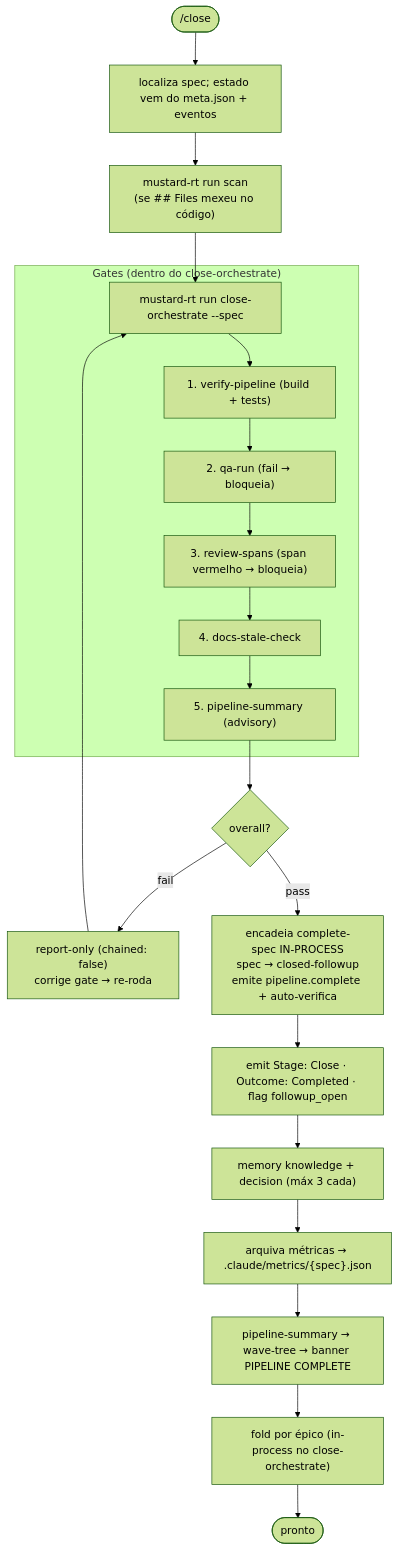
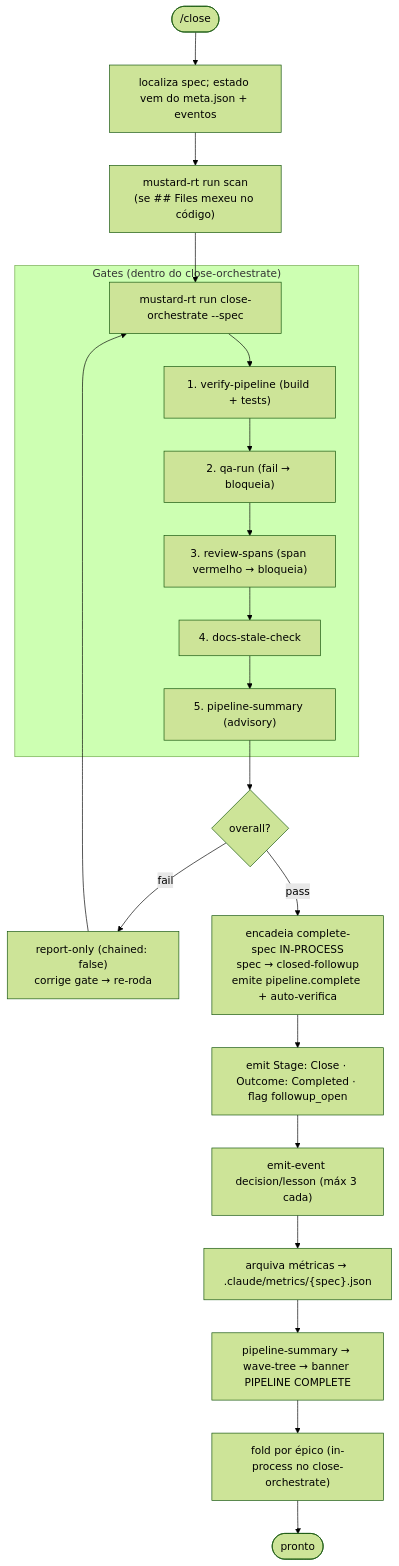
Before and after one commit to rubensrpj/mustard: the eighth of 19 diagrams in MUSTARD-COMMANDS.md, drawn with Mermaid (forest theme). The commit also changed other lines of this file and 107 other files, not shown here.

````diff
--- a/MUSTARD-COMMANDS.md
+++ b/MUSTARD-COMMANDS.md
@@ -283,26 +283,26 @@
 ```mermaid
 flowchart TD
     start(["/close"]) --> locate["localiza spec; estado vem do meta.json + eventos"]
     locate --> rescan["mustard-rt run scan<br/>(se ## Files mexeu no código)"]
     rescan --> orch["mustard-rt run close-orchestrate --spec"]
 
     subgraph gates["Gates (dentro do close-orchestrate)"]
         orch --> g1["1. verify-pipeline (build + tests)"]
         g1 --> g2["2. qa-run (fail → bloqueia)"]
         g2 --> g3["3. review-spans (span vermelho → bloqueia)"]
         g3 --> g4["4. docs-stale-check"]
         g4 --> g5["5. pipeline-summary (advisory)"]
     end
 
     g5 --> overall{"overall?"}
     overall -->|fail| reportonly["report-only (chained: false)<br/>corrige gate → re-roda"]
     reportonly --> orch
     overall -->|pass| chain["encadeia complete-spec IN-PROCESS<br/>spec → closed-followup<br/>emite pipeline.complete + auto-verifica"]
 
     chain --> stamp["emit Stage: Close · Outcome: Completed · flag followup_open"]
-    stamp --> know["memory knowledge + decision (máx 3 cada)"]
+    stamp --> know["emit-event decision/lesson (máx 3 cada)"]
     know --> metrics["arquiva métricas → .claude/metrics/{spec}.json"]
     metrics --> banner["pipeline-summary → wave-tree → banner PIPELINE COMPLETE"]
     banner --> epic["fold por épico (in-process no close-orchestrate)"]
     epic --> done(["pronto"])
 ```
````
